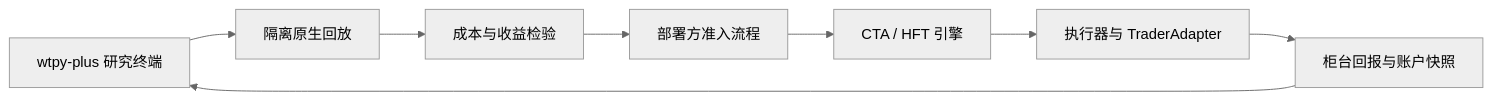
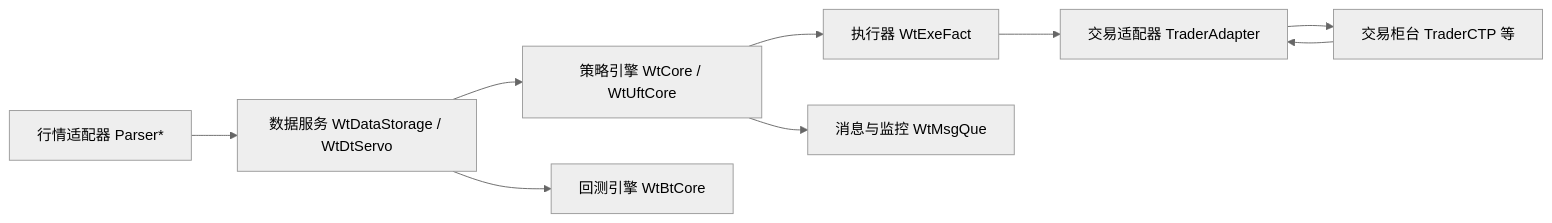
One commit to newbigdeng/WonderTrader-plus changed the diagram in README.md. Above: the diagram before and after it, drawn with Mermaid (neutral theme). The commit also changed other lines of this file, not shown here.

````diff
--- a/README.md
+++ b/README.md
@@ -286,10 +20,11 @@
 ```mermaid
 flowchart LR
-    R[wtpy-plus 研究终端] --> B[隔离原生回放]
-    B --> V[成本与收益检验]
-    V --> G[部署方准入流程]
-    G --> C[CTA / HFT 引擎]
-    C --> E[执行器与 TraderAdapter]
-    E --> A[柜台回报与账户快照]
-    A --> R
+    P[行情适配器 Parser*] --> D[数据服务 WtDataStorage / WtDtServo]
+    D --> E[策略引擎 WtCore / WtUftCore]
+    E --> X[执行器 WtExeFact]
+    X --> A[交易适配器 TraderAdapter]
+    A --> C[交易柜台 TraderCTP 等]
+    C --> A
+    E --> Q[消息与监控 WtMsgQue]
+    D --> B[回测引擎 WtBtCore]
 ```
````
